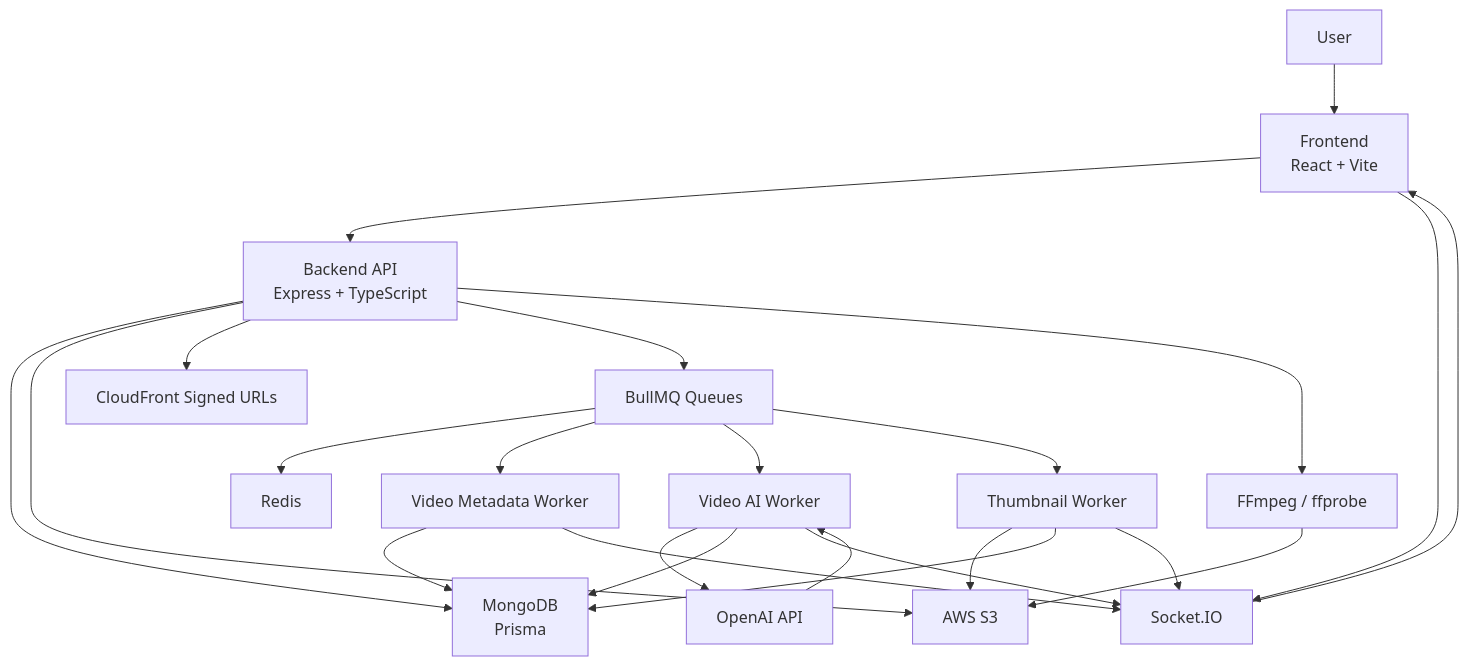
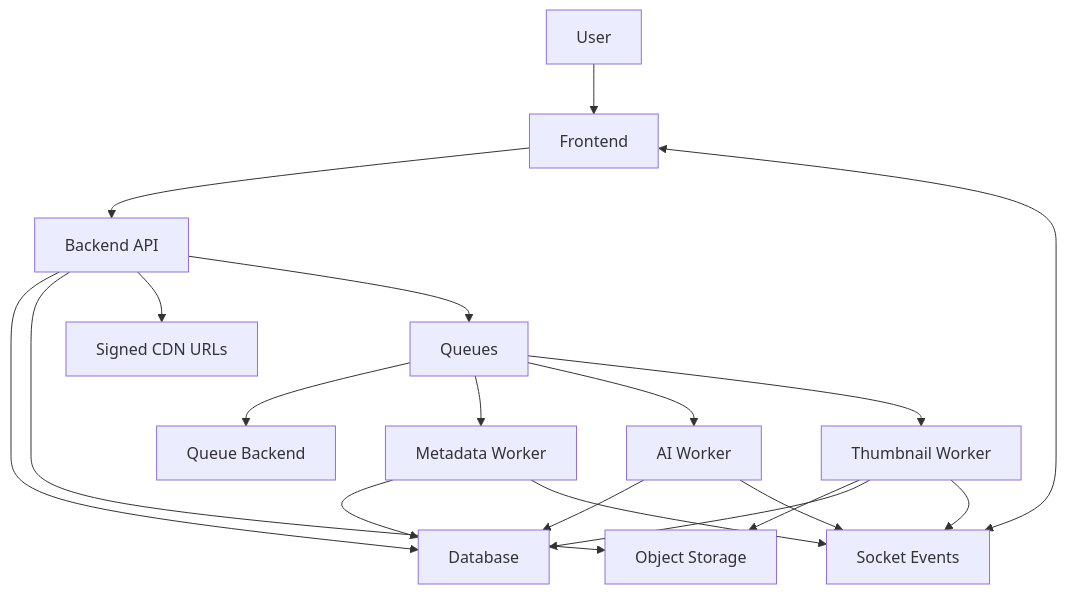
Before and after one commit to samakshrastogi/SK-MediaFlow: the fourth of 22 diagrams in README.md, drawn with Mermaid. The commit also changed other lines of this file, not shown here.

````diff
--- a/README.md
+++ b/README.md
@@ -78,31 +112,25 @@
 ```mermaid
 flowchart TD
-    U["User"] --> FE["Frontend<br/>React + Vite"]
-    FE --> API["Backend API<br/>Express + TypeScript"]
-    FE --> RT["Socket.IO"]
+    USER["User"] --> UI["Frontend"]
+    UI --> API["Backend API"]
+    UI <--> RT["Socket Events"]
 
-    API --> DB["MongoDB<br/>Prisma"]
-    API --> S3["AWS S3"]
-    API --> CF["CloudFront Signed URLs"]
-    API --> Q["BullMQ Queues"]
+    API --> DB["Database"]
+    API --> STORAGE["Object Storage"]
+    API --> CDN["Signed CDN URLs"]
+    API --> QUEUES["Queues"]
 
-    Q --> REDIS["Redis"]
-    Q --> MW["Video Metadata Worker"]
-    Q --> AW["Video AI Worker"]
-    Q --> TW["Thumbnail Worker"]
+    QUEUES --> QueueBackend["Queue Backend"]
+    QUEUES --> META["Metadata Worker"]
+    QUEUES --> AIW["AI Worker"]
+    QUEUES --> THUMB["Thumbnail Worker"]
 
-    MW --> DB
-    AW --> OAI["OpenAI API"]
-    OAI --> AW
-    AW --> DB
-    TW --> S3
-    TW --> DB
+    META --> DB
+    AIW --> DB
+    THUMB --> STORAGE
+    THUMB --> DB
 
-    API --> FFM["FFmpeg / ffprobe"]
-    FFM --> S3
-
-    MW --> RT
-    AW --> RT
-    TW --> RT
-    RT --> FE
+    META --> RT
+    AIW --> RT
+    THUMB --> RT
 ```
````
